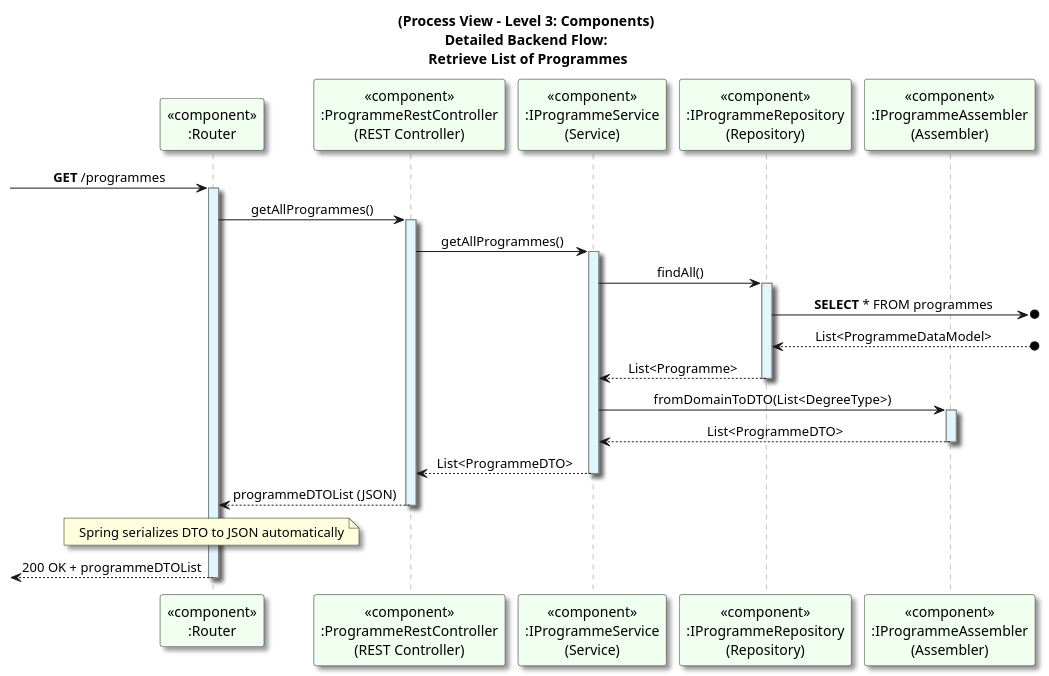
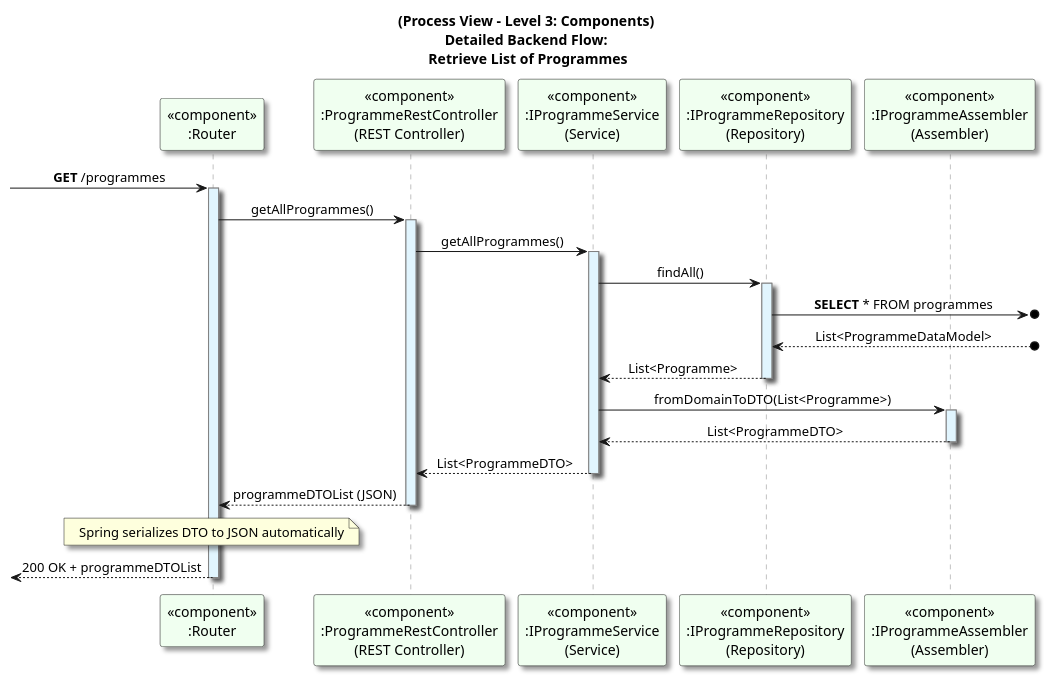
Before and after one commit to GasparISEP/DevOps-PAI: the diagram in docs/US30/Sprint_7/ProcessView/Level3_ComponentContext_GetAllProgrammes.puml, drawn with PlantUML. The commit also changed 1 other file, not shown here.

Commit message:
docs(scenario-view-level-4): add level 4 scenario view diagram illustrating the full backend flow for addCourseToAProgramme functionality - sequence diagram (refs #701, #704)

```diff
--- a/docs/US30/Sprint_7/ProcessView/Level3_ComponentContext_GetAllProgrammes.puml
+++ b/docs/US30/Sprint_7/ProcessView/Level3_ComponentContext_GetAllProgrammes.puml
@@ -1,54 +1,54 @@
 @startuml
 title (Process View - Level 3: Components)\nDetailed Backend Flow:\n Retrieve List of Programmes
 
 skinparam sequence {
     LifeLineBorderColor Grey
     LifeLineBackgroundColor #E1F5FE
 }
 skinparam defaultTextAlignment center
 skinparam shadowing true
 
 participant "<<component>>\n:Router" as Router #honeydew
 participant "<<component>>\n:ProgrammeRestController\n(REST Controller)" as Controller #honeydew
 participant "<<component>>\n:IProgrammeService\n(Service)" as Service #honeydew
 participant "<<component>>\n:IProgrammeRepository\n(Repository)" as Repository #honeydew
 participant "<<component>>\n:IProgrammeAssembler\n(Assembler)" as Assembler #honeydew
 
 -> Router: **GET** /programmes
 activate Router
 
 Router -> Controller: getAllProgrammes()
 activate Controller
 
 Controller -> Service: getAllProgrammes()
 activate Service
 
 Service -> Repository: findAll()
 activate Repository
 
 Repository ->o]: **SELECT** * FROM programmes
 
 Repository <--o]: List<ProgrammeDataModel>
 
 Repository --> Service: List<Programme>
 deactivate Repository
 
-Service -> Assembler: fromDomainToDTO(List<DegreeType>)
+Service -> Assembler: fromDomainToDTO(List<Programme>)
 activate Assembler
 
 Assembler --> Service: List<ProgrammeDTO>
 deactivate Assembler
 Service --> Controller: List<ProgrammeDTO>
 deactivate Service
 
 Controller --> Router: programmeDTOList (JSON)
 deactivate Controller
 
 note over Router
 Spring serializes DTO to JSON automatically
 end note
 
 <-- Router: 200 OK + programmeDTOList
 deactivate Router
 
 @enduml
```
